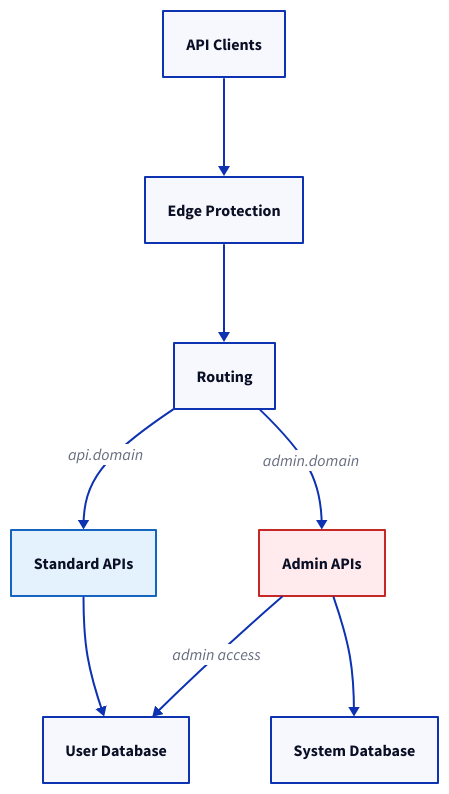
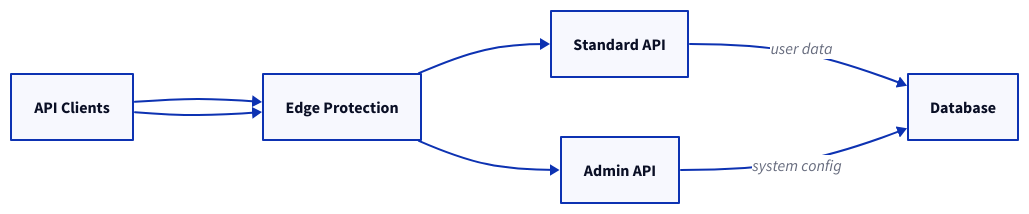
Before and after one commit to wagov-dtt/architecture-decision-records: the diagram in reference-architectures/openapi-backends.md, drawn with D2. The commit also changed other lines of this file and 3 other files, not shown here.

Commit message:
Improved architecture ref diagrams

````diff
--- a/reference-architectures/openapi-backends.md
+++ b/reference-architectures/openapi-backends.md
@@ -19,24 +19,15 @@
 ```d2
-API Clients -> Edge Protection -> Routing
+direction: right
 
-Routing -> Standard APIs: api.domain
-Routing -> Admin APIs: admin.domain
+clients: API Clients
+edge: Edge Protection
+api: Standard API
+admin: Admin API
+db: Database
 
-Standard APIs: {
-  style: {
-    fill: "#e3f2fd"
-    stroke: "#1565c0"
-  }
-}
+clients -> edge -> api
+clients -> edge -> admin
 
-Admin APIs: {
-  style: {
-    fill: "#ffebee"
-    stroke: "#c62828"
-  }
-}
-
-Standard APIs -> User Database
-Admin APIs -> System Database
-Admin APIs -> User Database: admin access
+api -> db: user data
+admin -> db: system config
 ```
````
